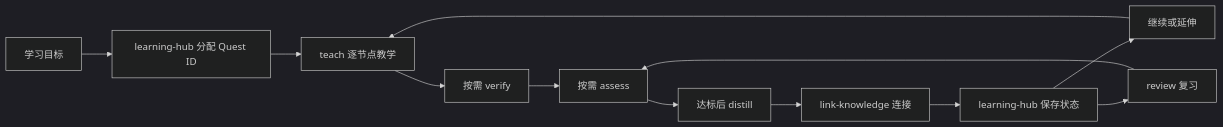
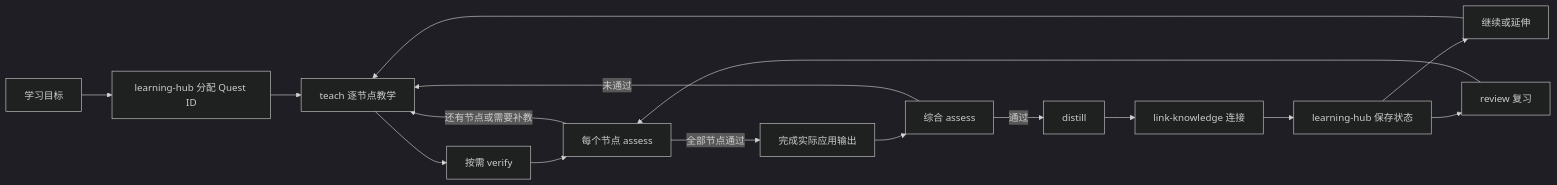
Before and after one commit to Serral828/Learning-Vault-Skills: the diagram in README.md, drawn with Mermaid (dark theme). The commit also changed other lines of this file and 5 other files, not shown here.

````diff
--- a/README.md
+++ b/README.md
@@ -137,14 +145,18 @@
 ```mermaid
 flowchart LR
     Q[学习目标] --> H[learning-hub 分配 Quest ID]
     H --> T[teach 逐节点教学]
     T --> V[按需 verify]
-    V --> A[按需 assess]
-    A --> D[达标后 distill]
+    V --> A[每个节点 assess]
+    A -->|还有节点或需要补教| T
+    A -->|全部节点通过| O[完成实际应用输出]
+    O --> CA[综合 assess]
+    CA -->|未通过| T
+    CA -->|通过| D[distill]
     D --> L[link-knowledge 连接]
     L --> H2[learning-hub 保存状态]
     H2 --> C[继续或延伸]
     H2 --> R[review 复习]
     C --> T
     R --> A
 ```
````
